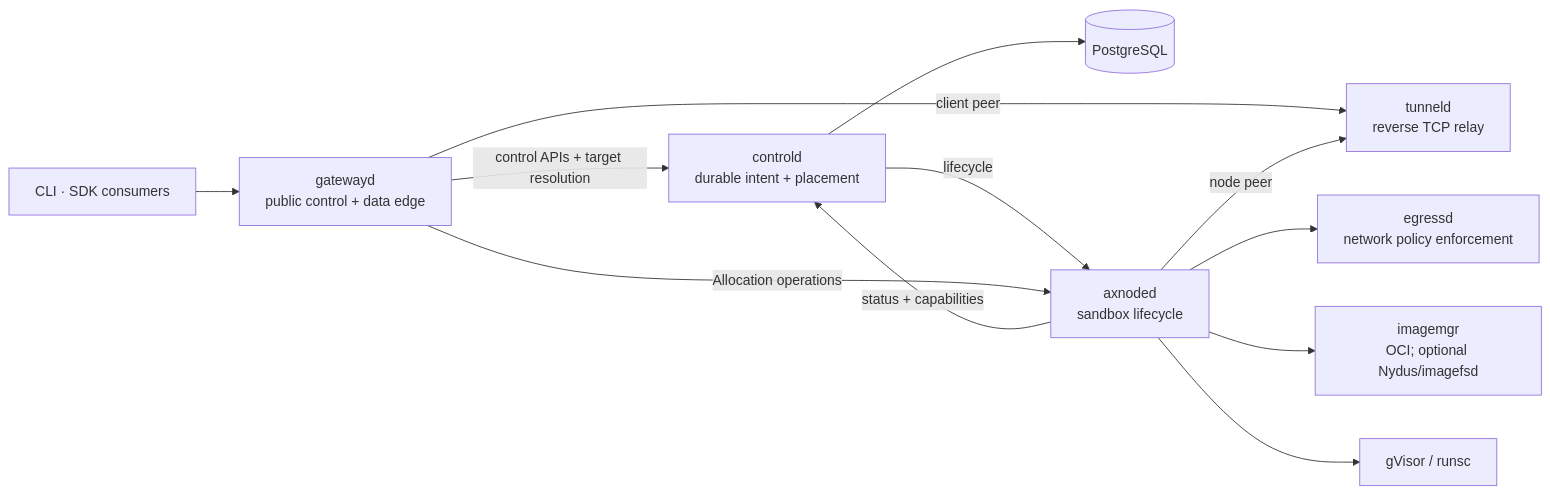
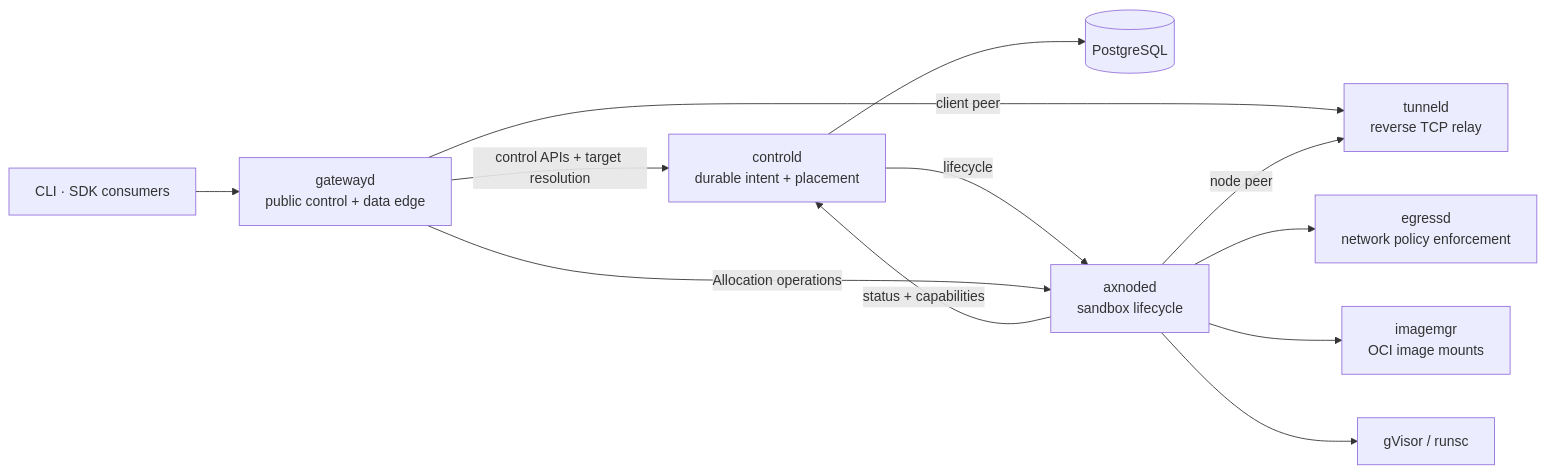
One commit to cofy-x/axern changed the diagram in apps/docs/src/content/docs/architecture/index.md. Above: the diagram before and after it, drawn with Mermaid. The commit also changed other lines of this file and 499 other files, not shown here.

````diff
--- a/apps/docs/src/content/docs/architecture/index.md
+++ b/apps/docs/src/content/docs/architecture/index.md
@@ -8,14 +8,14 @@
 ```mermaid
 flowchart LR
     Clients["CLI · SDK consumers"] --> Gateway["gatewayd\npublic control + data edge"]
     Gateway -->|control APIs + target resolution| Control["controld\ndurable intent + placement"]
     Control --> Postgres[(PostgreSQL)]
     Control -->|lifecycle| Node["axnoded\nsandbox lifecycle"]
     Node -->|status + capabilities| Control
     Gateway -->|Allocation operations| Node
     Gateway -->|client peer| Tunnel["tunneld\nreverse TCP relay"]
     Node -->|node peer| Tunnel
     Node --> Egress["egressd\nnetwork policy enforcement"]
-    Node --> Image["imagemgr\nOCI; optional Nydus/imagefsd"]
+    Node --> Image["imagemgr\nOCI image mounts"]
     Node --> Runtime["gVisor / runsc"]
 ```
````
